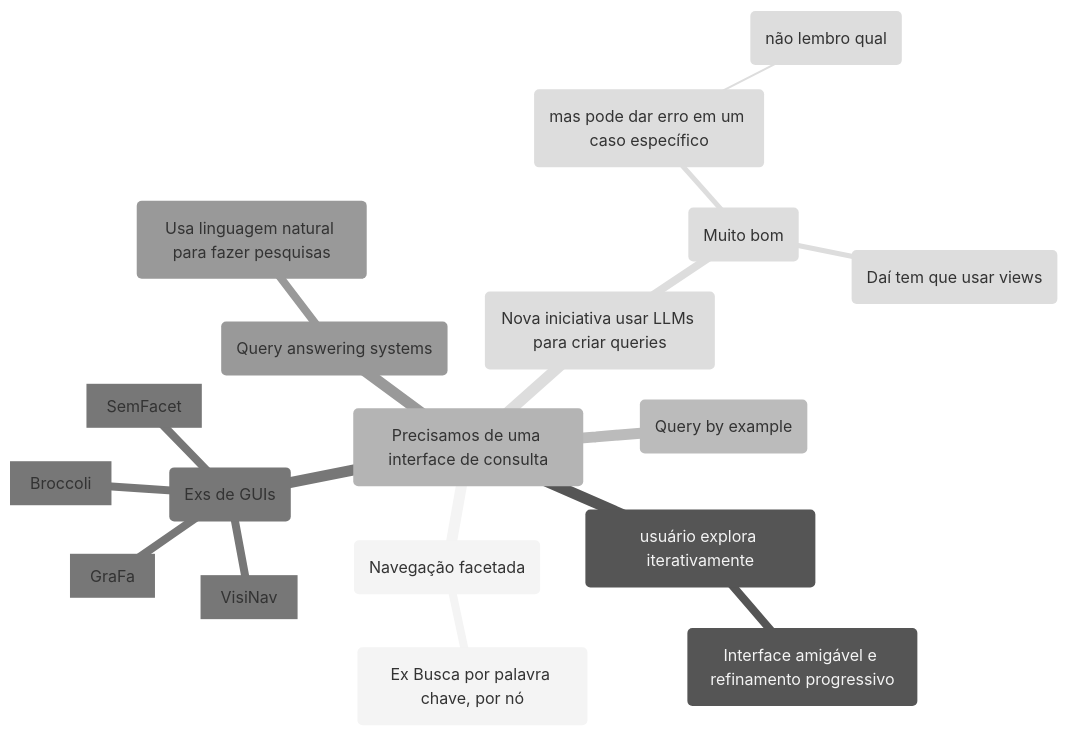
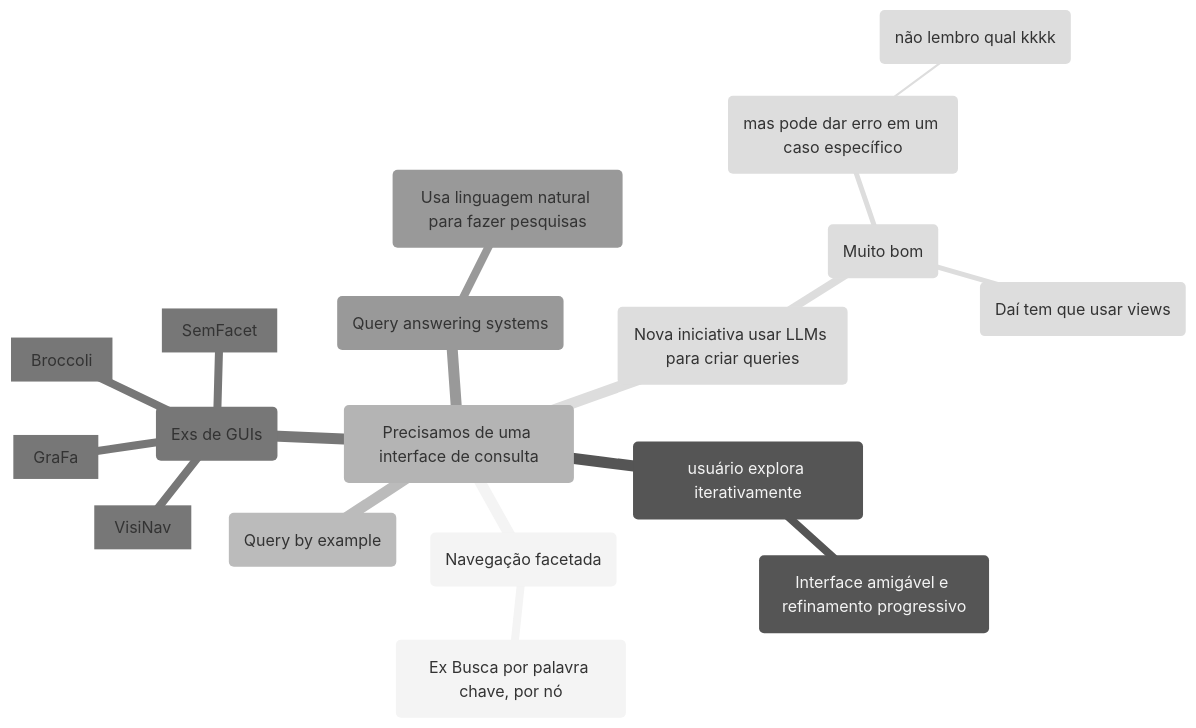
Before and after one commit to Igorino/joplin-notes: the second of 2 diagrams in Mestrado/Segundo Semestre/SIN5033 - Grafos de conhecimento e Ontologias/Anotações/De Aulas/Aula do dia 2026 04 08.md, drawn with Mermaid (neutral theme).

Commit message:
Exported on 2026-04-08_16-30-50

````diff
--- a/Mestrado/Segundo Semestre/SIN5033 - Grafos de conhecimento e Ontologias/Anotações/De Aulas/Aula do dia 2026 04 08.md
+++ b/Mestrado/Segundo Semestre/SIN5033 - Grafos de conhecimento e Ontologias/Anotações/De Aulas/Aula do dia 2026 04 08.md
@@ -39,22 +39,22 @@
 ```mermaid
 mindmap
 	root(Precisamos de uma interface de consulta)
 		(Navegação facetada)
 			(Ex Busca por palavra chave, por nó)
 		(usuário explora iterativamente) 
 			(Interface amigável e refinamento progressivo)
 		(Query by example)
 		(Exs de GUIs)
 			[Broccoli]
 			[VisiNav]
 			[SemFacet]
 			[GraFa]
 		(Query answering systems)
 			(Usa linguagem natural para fazer pesquisas)
 		(Nova iniciativa usar LLMs para criar queries)
 			(Muito bom)
 				(mas pode dar erro em um caso específico)
-					(não lembro qual)
+					(não lembro qual kkkk)
 				(Daí tem que usar views)
 
 ```
````
